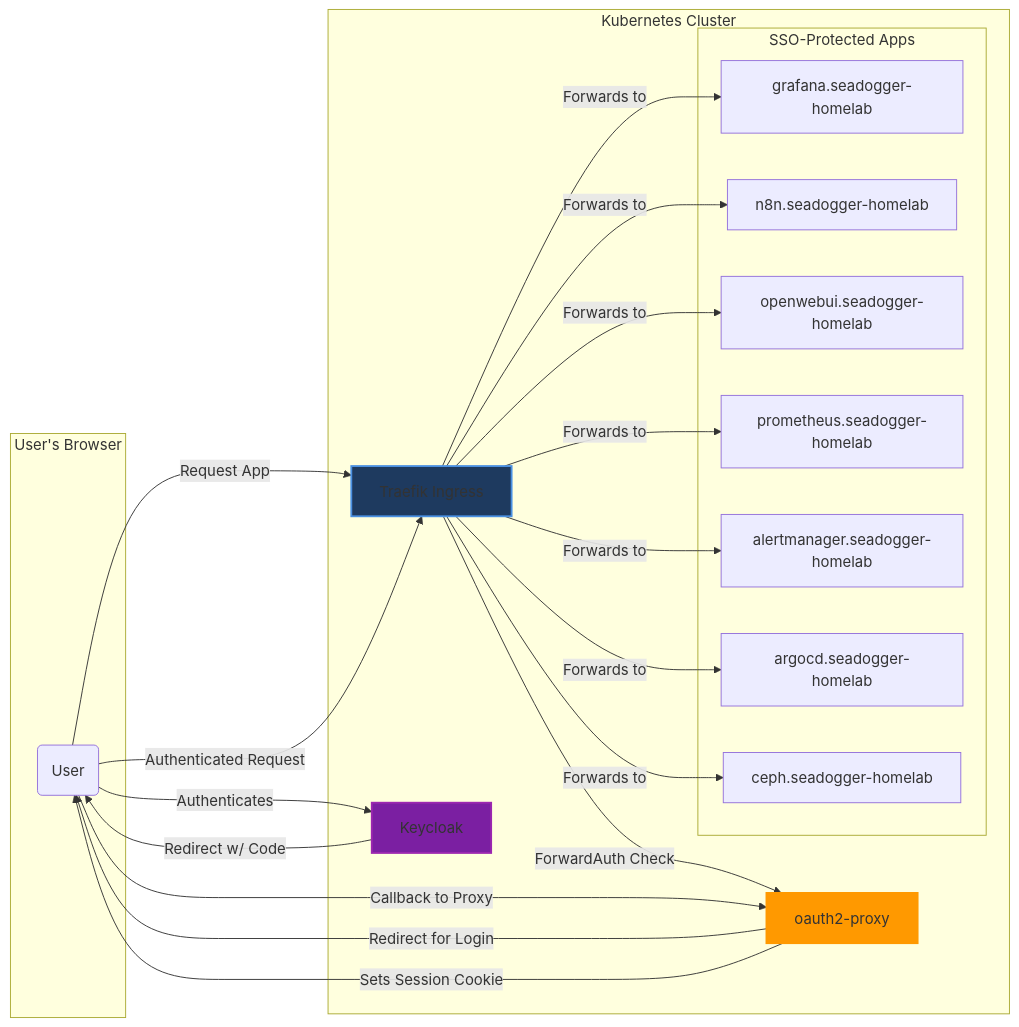
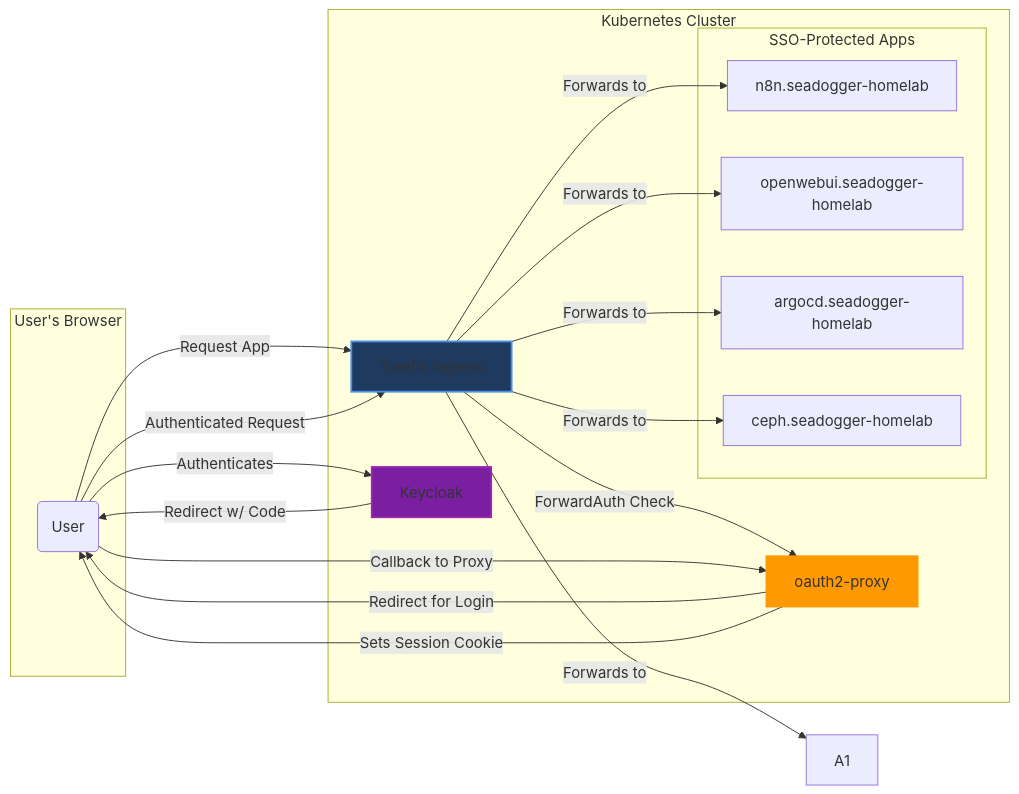
One commit to seadogger-tech/seadogger-homelab changed the fifth of 8 diagrams in docs/wiki/08-Security-and-Certificates.md. Above: the diagram before and after it, drawn with Mermaid. The commit also changed other lines of this file and 18 other files, not shown here.

````diff
--- a/docs/wiki/08-Security-and-Certificates.md
+++ b/docs/wiki/08-Security-and-Certificates.md
@@ -250,42 +238,37 @@
 ```mermaid
 graph LR
     subgraph "User's Browser"
         U(User)
     end
 
     subgraph "Kubernetes Cluster"
         T[Traefik Ingress]
         O[oauth2-proxy]
         K[Keycloak]
         subgraph "SSO-Protected Apps"
-            A1[grafana.seadogger-homelab]
             A2[n8n.seadogger-homelab]
             A3[openwebui.seadogger-homelab]
-            A4[prometheus.seadogger-homelab]
-            A5[alertmanager.seadogger-homelab]
             A6[argocd.seadogger-homelab]
             A7[ceph.seadogger-homelab]
         end
     end
 
     U -- "Request App" --> T
     T -- "ForwardAuth Check" --> O
     O -- "Redirect for Login" --> U
     U -- "Authenticates" --> K
     K -- "Redirect w/ Code" --> U
     U -- "Callback to Proxy" --> O
     O -- "Sets Session Cookie" --> U
     U -- "Authenticated Request" --> T
     
     T -- "Forwards to" --> A1
     T -- "Forwards to" --> A2
     T -- "Forwards to" --> A3
-    T -- "Forwards to" --> A4
-    T -- "Forwards to" --> A5
     T -- "Forwards to" --> A6
     T -- "Forwards to" --> A7
 
     style T fill:#1e3a5f,stroke:#4a90e2,stroke-width:2px
     style O fill:#ff9900,stroke:#ff9900,stroke-width:2px
     style K fill:#7b1fa2,stroke:#9c27b0,stroke-width:2px
 ```
````
